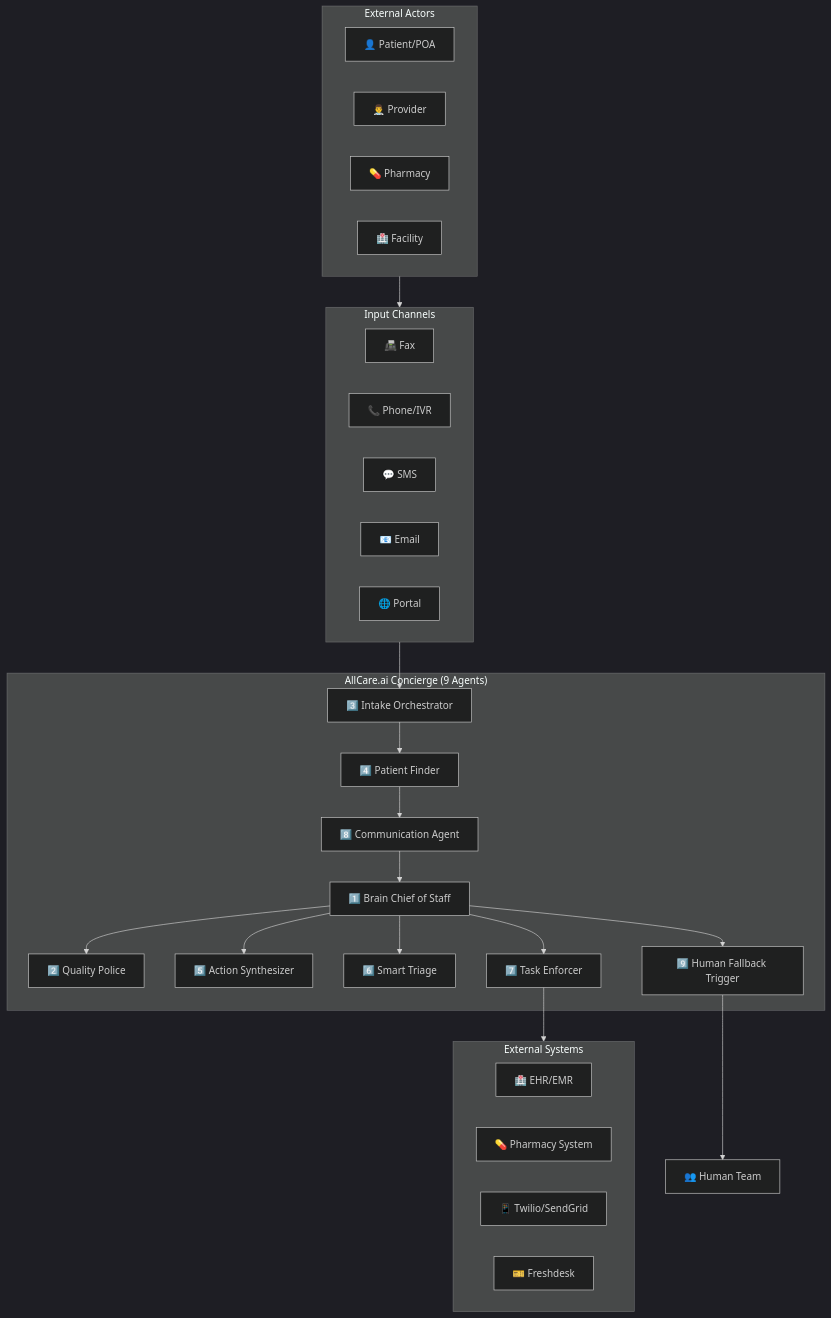
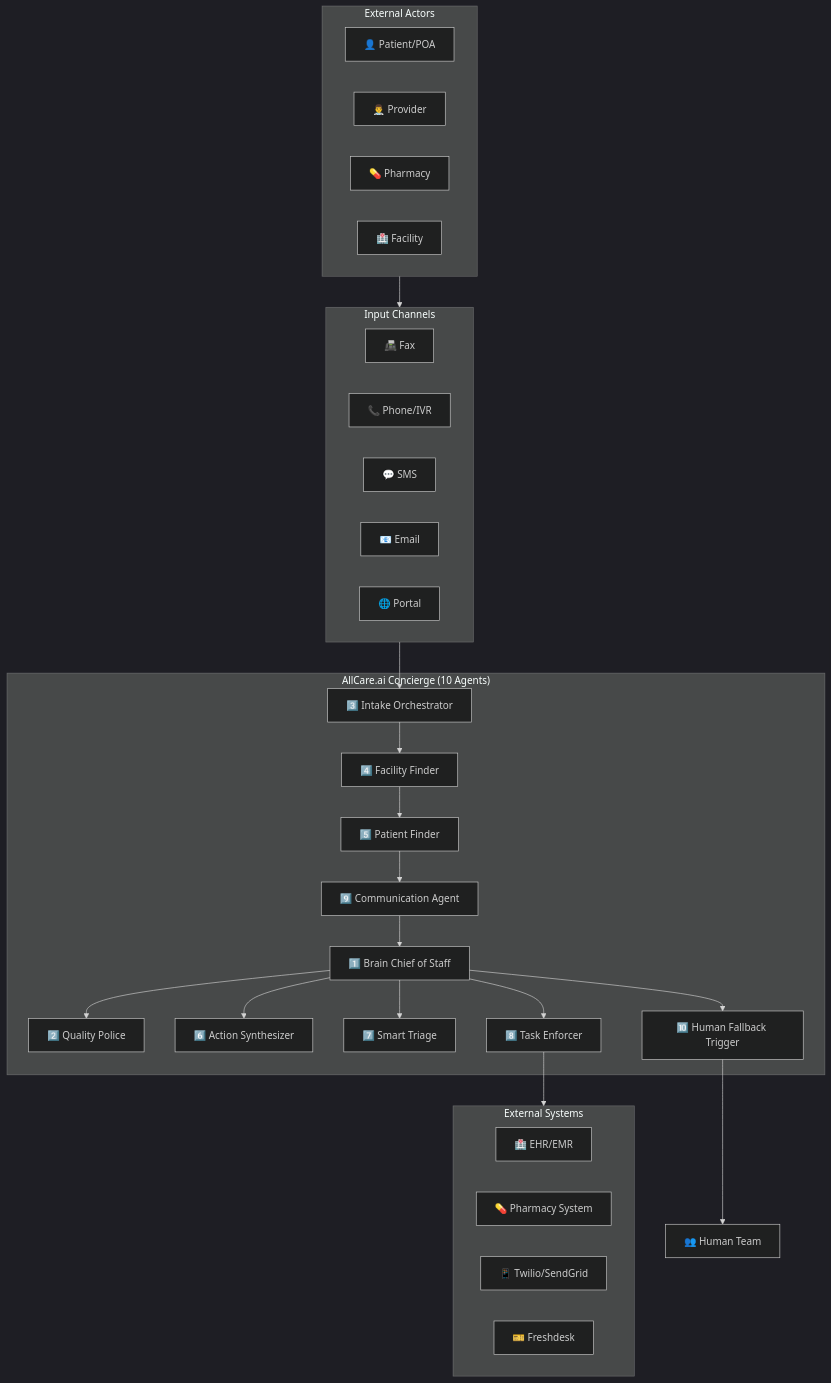
Before and after one commit to mohabnazmy/test: the first of 16 diagrams in all.md, drawn with Mermaid (dark theme). The commit also changed other lines of this file, not shown here.

````diff
--- a/all.md
+++ b/all.md
@@ -110,49 +164,51 @@
 ```mermaid
 flowchart TB
     subgraph External["External Actors"]
         Patient["👤 Patient/POA"]
         Provider["👨‍⚕️ Provider"]
         Pharmacy["💊 Pharmacy"]
         Facility["🏥 Facility"]
     end
     
     subgraph Channels["Input Channels"]
         Fax["📠 Fax"]
         Phone["📞 Phone/IVR"]
         SMS["💬 SMS"]
         Email["📧 Email"]
         Portal["🌐 Portal"]
     end
     
-    subgraph Concierge["AllCare.ai Concierge (9 Agents)"]
+    subgraph Concierge["AllCare.ai Concierge (10 Agents)"]
         Intake["3️⃣ Intake Orchestrator"]
-        PatientFinder["4️⃣ Patient Finder"]
-        CommAgent["8️⃣ Communication Agent"]
+        FacilityFinder["4️⃣ Facility Finder"]
+        PatientFinder["5️⃣ Patient Finder"]
+        CommAgent["9️⃣ Communication Agent"]
         Brain["1️⃣ Brain Chief of Staff"]
         QualityPolice["2️⃣ Quality Police"]
-        ActionSynth["5️⃣ Action Synthesizer"]
-        SmartTriage["6️⃣ Smart Triage"]
-        TaskEnforcer["7️⃣ Task Enforcer"]
-        HumanFallback["9️⃣ Human Fallback Trigger"]
+        ActionSynth["6️⃣ Action Synthesizer"]
+        SmartTriage["7️⃣ Smart Triage"]
+        TaskEnforcer["8️⃣ Task Enforcer"]
+        HumanFallback["🔟 Human Fallback Trigger"]
     end
     
     subgraph Systems["External Systems"]
         EHR["🏥 EHR/EMR"]
         PharmSys["💊 Pharmacy System"]
         Messaging["📱 Twilio/SendGrid"]
         Ticketing["🎫 Freshdesk"]
     end
     
     External --> Channels
     Channels --> Intake
-    Intake --> PatientFinder
+    Intake --> FacilityFinder
+    FacilityFinder --> PatientFinder
     PatientFinder --> CommAgent
     CommAgent --> Brain
     Brain --> QualityPolice
     Brain --> ActionSynth
     Brain --> SmartTriage
     Brain --> TaskEnforcer
     Brain --> HumanFallback
     HumanFallback --> HumanTeam["👥 Human Team"]
     TaskEnforcer --> Systems
 ```
````
